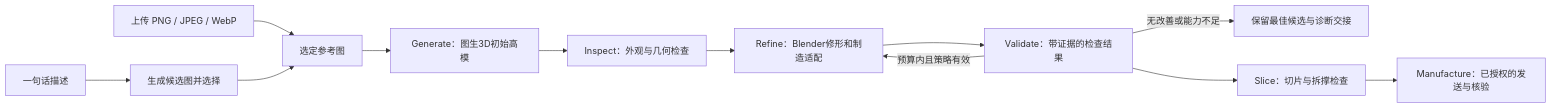
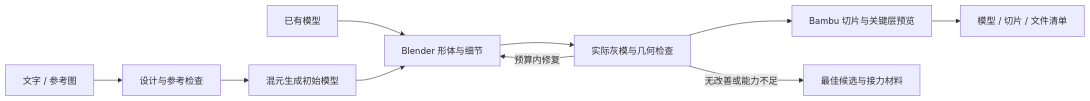
One commit to Rjxshr1/idea-to-print changed the diagram in README.md. Above: the diagram before and after it, drawn with Mermaid. The commit also changed other lines of this file and 10 other files, not shown here.

````diff
--- a/README.md
+++ b/README.md
@@ -25,14 +26,12 @@
 ```mermaid
 flowchart LR
-  A[一句话描述] --> B[生成候选图并选择]
-  C[上传 PNG / JPEG / WebP] --> D[选定参考图]
-  B --> D
-  D --> E[Generate：图生3D初始高模]
-  E --> F[Inspect：外观与几何检查]
-  F --> G[Refine：Blender修形和制造适配]
-  G --> H[Validate：带证据的检查结果]
-  H -->|预算内且策略有效| G
-  H -->|无改善或能力不足| K[保留最佳候选与诊断交接]
-  H --> I[Slice：切片与拆撑检查]
-  I --> J[Manufacture：已授权的发送与核验]
+  A[文字 / 参考图] --> B[设计与参考检查]
+  B --> C[混元生成初始模型]
+  D[已有模型] --> E[Blender 形体与细节]
+  C --> E
+  E --> F[实际灰模与几何检查]
+  F -->|预算内修复| E
+  F --> G[Bambu 切片与关键层预览]
+  G --> H[模型 / 切片 / 文件清单]
+  F -->|无改善或能力不足| I[最佳候选与接力材料]
 ```
````
